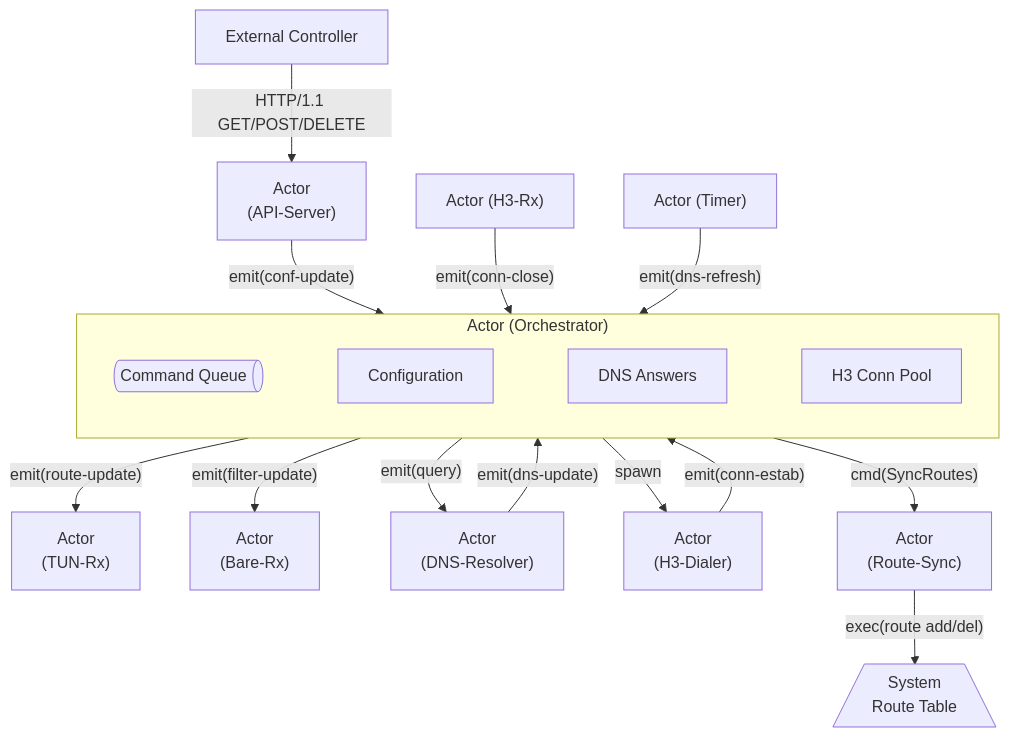
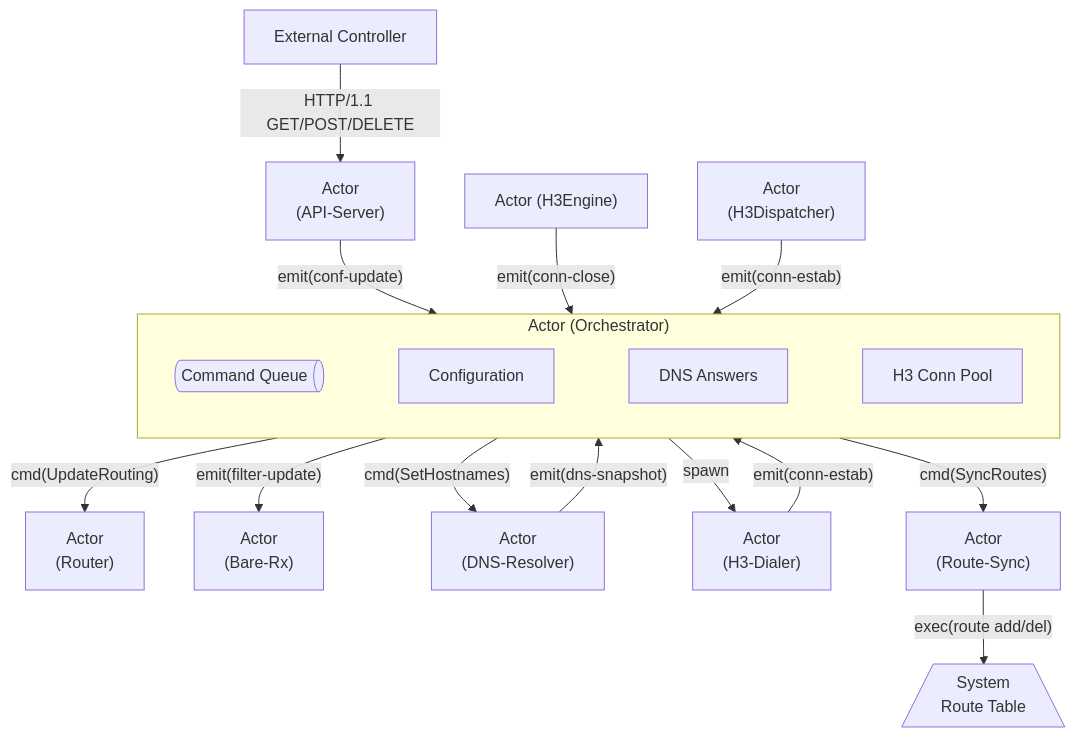
One commit to sands-lab/h3llo changed the third of 3 diagrams in docs/internals.md. Above: the diagram before and after it, drawn with Mermaid. The commit also changed other lines of this file and 3 other files, not shown here.

````diff
--- a/docs/internals.md
+++ b/docs/internals.md
@@ -151,32 +161,32 @@
 ```mermaid
 flowchart TB
     subgraph cr-orch["Actor (Orchestrator)"]
         oq[Command Queue]@{shape: h-cyl}
         hcp[H3 Conn Pool]
         dr[DNS Answers]
         conf[Configuration]
         oq ~~~ conf ~~~ dr ~~~ hcp
     end
 
     ctrl["External Controller"]
     cr-api["Actor<br>(API-Server)"]
-    cr-h3r["Actor (H3-Rx)"]
-    cr-timer["Actor (Timer)"]
+    cr-h3e["Actor (H3Engine)"]
+    cr-h3disp["Actor<br>(H3Dispatcher)"]
 
     rsys[/System<br>Route Table\]
-    cr-tun["Actor<br>(TUN-Rx)"]
+    cr-router["Actor<br>(Router)"]
     cr-bare["Actor<br>(Bare-Rx)"]
     cr-dns["Actor<br>(DNS-Resolver)"]
     cr-h3d["Actor<br>(H3-Dialer)"]
 
     ctrl -- HTTP/1.1 GET/POST/DELETE --> cr-api -- emit(conf-update) --> cr-orch
-    cr-h3r -- emit(conn-close) --> cr-orch
-    cr-timer -- emit(dns-refresh) --> cr-orch
-    
+    cr-h3e -- emit(conn-close) --> cr-orch
+    cr-h3disp -- emit(conn-estab) --> cr-orch
+
     cr-route["Actor<br>(Route-Sync)"]
     cr-orch -- cmd(SyncRoutes) --> cr-route -- exec(route add/del) --> rsys
-    cr-orch -- emit(route-update) --> cr-tun
-    cr-orch -- emit(query) --> cr-dns -- emit(dns-update)--> cr-orch
+    cr-orch -- cmd(UpdateRouting) --> cr-router
+    cr-orch -- cmd(SetHostnames) --> cr-dns -- emit(dns-snapshot)--> cr-orch
     cr-orch -- spawn --> cr-h3d -- emit(conn-estab) --> cr-orch
     cr-orch -- emit(filter-update) --> cr-bare
 ```
````
